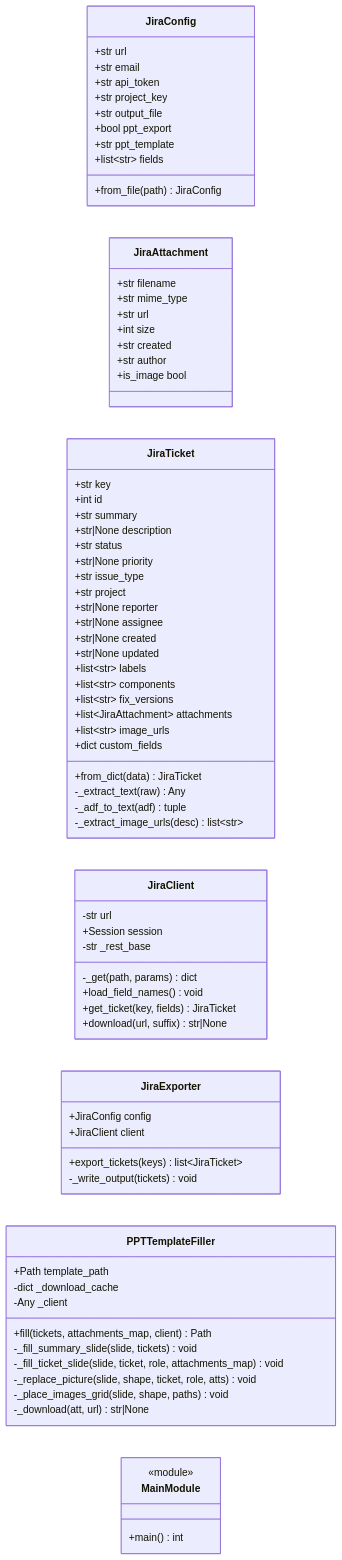
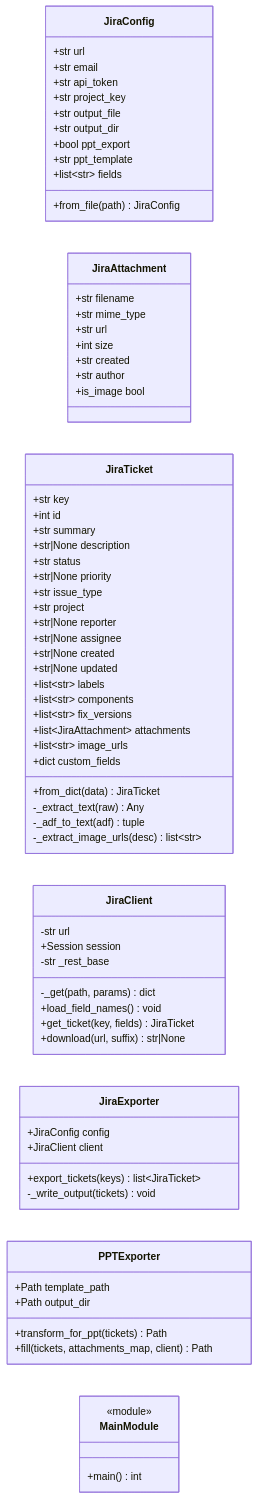
Before and after one commit to baochen-rw/JIRA-exporter: the first of 3 diagrams in design/detailed design.md, drawn with Mermaid. The commit also changed other lines of this file and 1 other file, not shown here.

Commit message:
[2026-06-26 22:15] update design docs to reflect PPTExporter.transform_for_ppt replacing PPTTemplateFiller

```diff
--- a/design/detailed design.md
+++ b/design/detailed design.md
@@ -13,6 +14,7 @@
         +str api_token
         +str project_key
         +str output_file
+        +str output_dir
         +bool ppt_export
         +str ppt_template
         +list~str~ fields
@@ -71,16 +73,11 @@
         -_write_output(tickets) void
     }
 
-    class PPTTemplateFiller {
+    class PPTExporter {
         +Path template_path
-        -dict _download_cache
-        -Any _client
+        +Path output_dir
+        +transform_for_ppt(tickets) Path
         +fill(tickets, attachments_map, client) Path
-        -_fill_summary_slide(slide, tickets) void
-        -_fill_ticket_slide(slide, ticket, role, attachments_map) void
-        -_replace_picture(slide, shape, ticket, role, atts) void
-        -_place_images_grid(slide, shape, paths) void
-        -_download(att, url) str|None
     }
 
     class MainModule {
```
